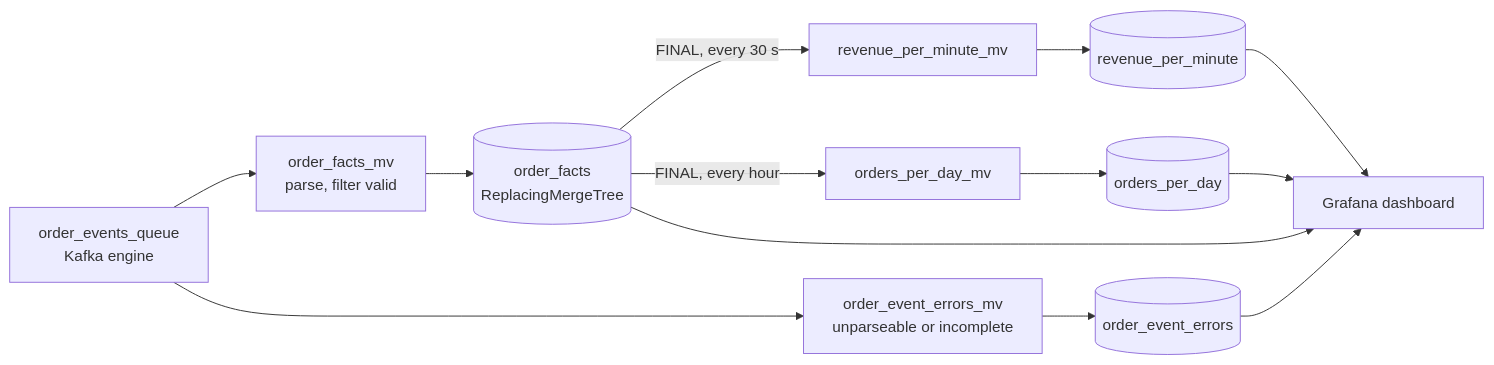
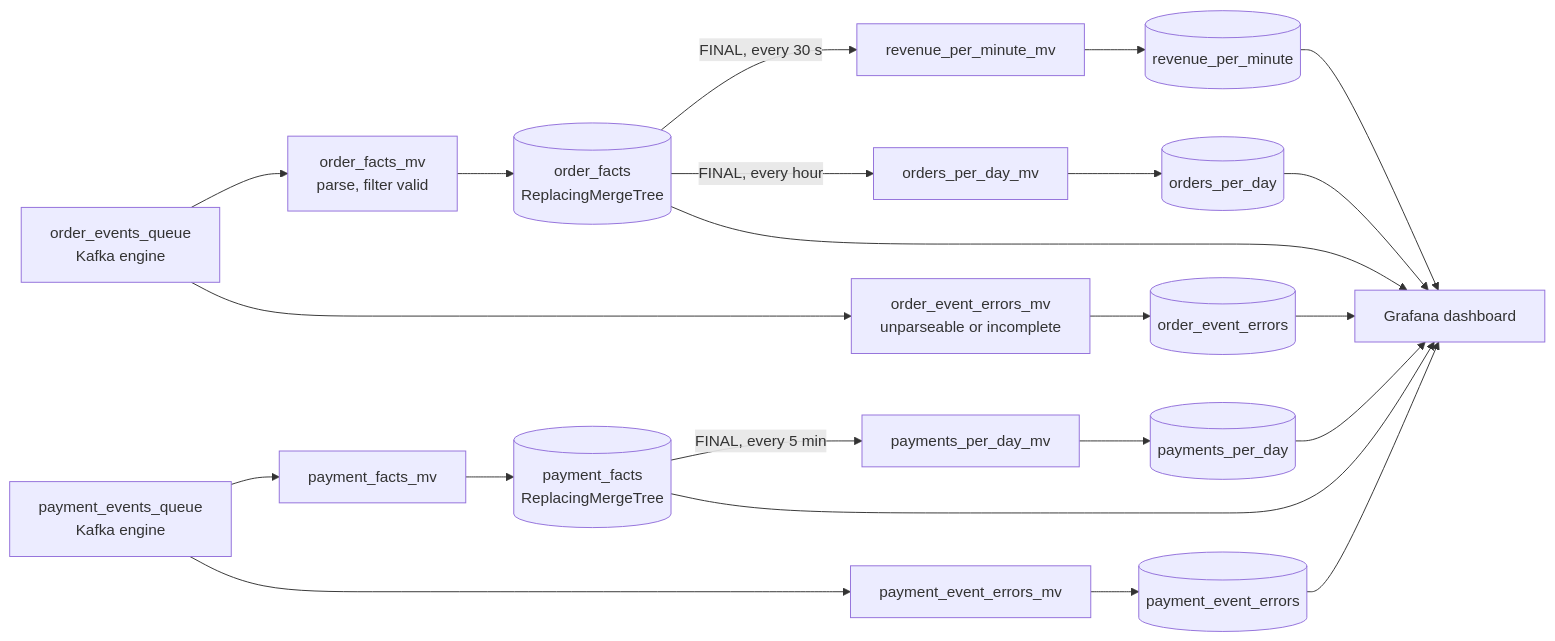
Before and after one commit to jk-boot-up/system-design: the diagram in e-commerce/services/analytics/design/diagrams/src/analytics--module-diagram.mmd, drawn with Mermaid. The commit also changed 21 other files, not shown here.

```diff
--- a/e-commerce/services/analytics/design/diagrams/src/analytics--module-diagram.mmd
+++ b/e-commerce/services/analytics/design/diagrams/src/analytics--module-diagram.mmd
@@ -1,8 +1,11 @@
 flowchart LR
     Q[order_events_queue<br/>Kafka engine] --> MV1[order_facts_mv<br/>parse, filter valid]
     Q --> MV2[order_event_errors_mv<br/>unparseable or incomplete]
     MV1 --> F[(order_facts<br/>ReplacingMergeTree)]
     MV2 --> E[(order_event_errors)]
     F -- "FINAL, every 30 s" --> R1[revenue_per_minute_mv] --> T1[(revenue_per_minute)]
     F -- "FINAL, every hour" --> R2[orders_per_day_mv] --> T2[(orders_per_day)]
-    T1 & T2 & F & E --> G[Grafana dashboard]
+    PQ[payment_events_queue<br/>Kafka engine] --> PMV1[payment_facts_mv] --> PF[(payment_facts<br/>ReplacingMergeTree)]
+    PQ --> PMV2[payment_event_errors_mv] --> PE[(payment_event_errors)]
+    PF -- "FINAL, every 5 min" --> R3[payments_per_day_mv] --> T3[(payments_per_day)]
+    T1 & T2 & T3 & F & PF & E & PE --> G[Grafana dashboard]
```
